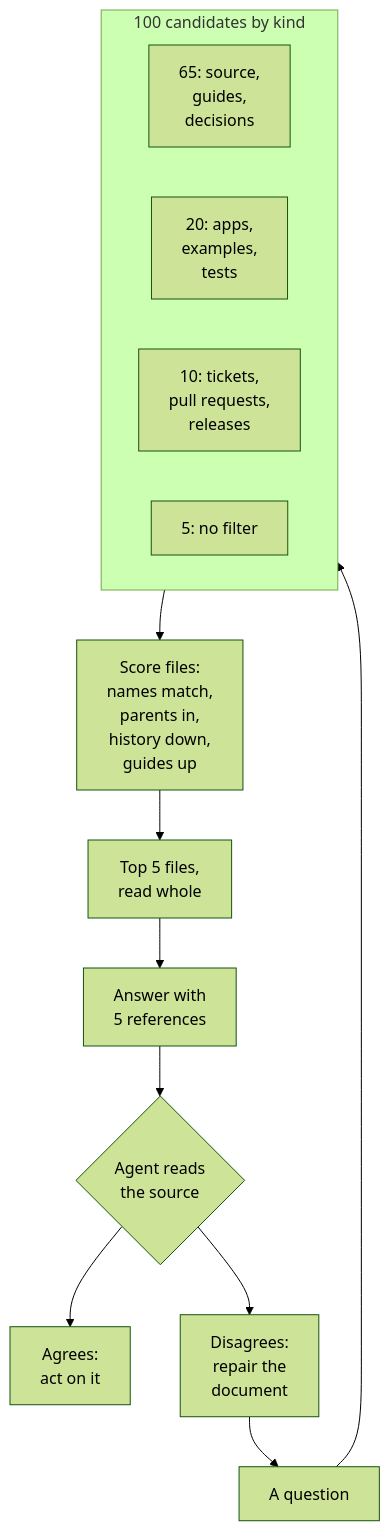
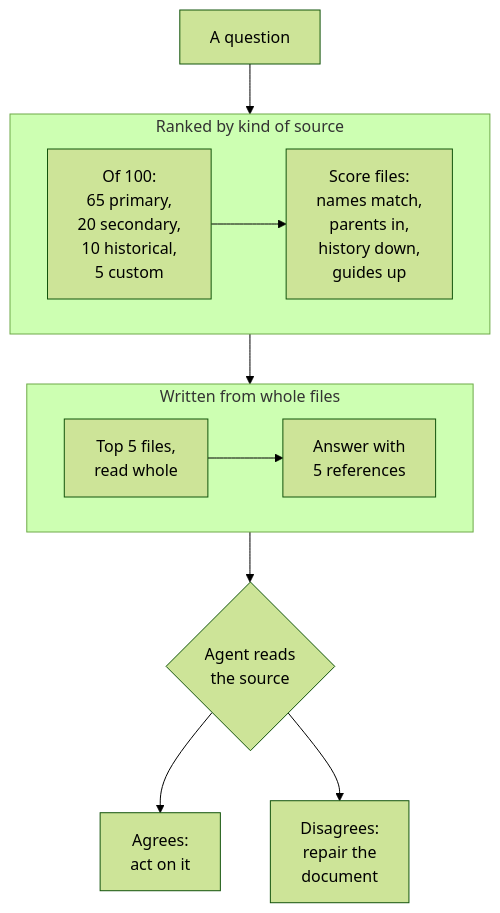
Before and after one commit to neomjs/neo: the diagram in learn/blog/codebase-knowledge-base-for-ai-coding-agents.md, drawn with Mermaid (forest theme). The commit also changed other lines of this file, not shown here.

Commit message:
docs(blog): part 3 gets its cover, a two-row diagram and the pool names (#21089)

````diff
--- a/learn/blog/codebase-knowledge-base-for-ai-coding-agents.md
+++ b/learn/blog/codebase-knowledge-base-for-ai-coding-agents.md
@@ -51,18 +51,16 @@
 ```mermaid
 flowchart TD
-    Q["A question"] --> P
-    subgraph P["100 candidates by kind"]
+    Q["A question"] --> G1
+    subgraph G1["Ranked by kind of source"]
         direction LR
-        P1["65: source,<br/>guides,<br/>decisions"]
-        P2["20: apps,<br/>examples,<br/>tests"]
-        P3["10: tickets,<br/>pull requests,<br/>releases"]
-        P4["5: no filter"]
+        P["Of 100:<br/>65 primary,<br/>20 secondary,<br/>10 historical,<br/>5 custom"] --> S["Score files:<br/>names match,<br/>parents in,<br/>history down,<br/>guides up"]
     end
-    P --> S["Score files:<br/>names match,<br/>parents in,<br/>history down,<br/>guides up"]
-    S --> T["Top 5 files,<br/>read whole"]
-    T --> A["Answer with<br/>5 references"]
-    A --> R{"Agent reads<br/>the source"}
+    G1 --> G2
+    subgraph G2["Written from whole files"]
+        direction LR
+        T["Top 5 files,<br/>read whole"] --> A["Answer with<br/>5 references"]
+    end
+    G2 --> R{"Agent reads<br/>the source"}
     R --> W["Agrees:<br/>act on it"]
     R --> F["Disagrees:<br/>repair the<br/>document"]
-    F --> Q
 ```
````
